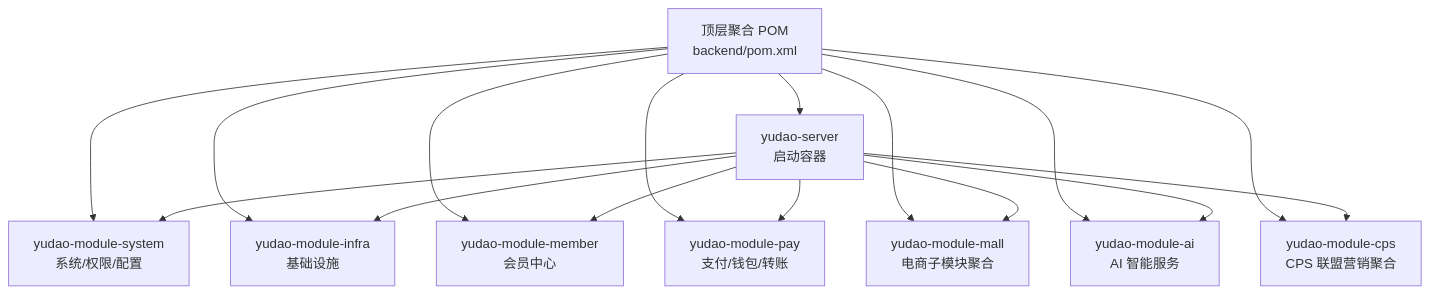
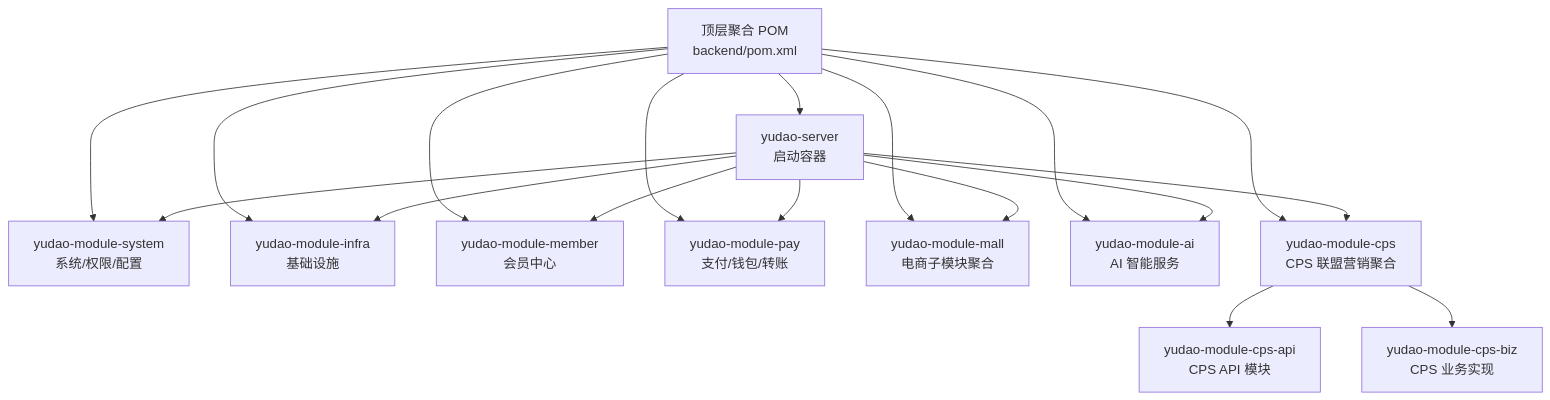
One commit to zhuangpengLI/AgenticCPS changed the first of 7 diagrams in .qoder/repowiki/zh/content/后端服务架构/业务模块概览/业务模块概览.md. Above: the diagram before and after it, drawn with Mermaid. The commit also changed other lines of this file and 42 other files, not shown here.

````diff
--- a/.qoder/repowiki/zh/content/后端服务架构/业务模块概览/业务模块概览.md
+++ b/.qoder/repowiki/zh/content/后端服务架构/业务模块概览/业务模块概览.md
@@ -40,18 +54,20 @@
 ```mermaid
 graph TB
 Root["顶层聚合 POM<br/>backend/pom.xml"] --> Srv["yudao-server<br/>启动容器"]
 Root --> Sys["yudao-module-system<br/>系统/权限/配置"]
 Root --> Infra["yudao-module-infra<br/>基础设施"]
 Root --> Mem["yudao-module-member<br/>会员中心"]
 Root --> Pay["yudao-module-pay<br/>支付/钱包/转账"]
 Root --> Mall["yudao-module-mall<br/>电商子模块聚合"]
 Root --> Ai["yudao-module-ai<br/>AI 智能服务"]
 Root --> Cps["yudao-module-cps<br/>CPS 联盟营销聚合"]
 Srv --> Sys
 Srv --> Infra
 Srv --> Mem
 Srv --> Pay
 Srv --> Mall
 Srv --> Ai
 Srv --> Cps
+Cps --> CpsApi["yudao-module-cps-api<br/>CPS API 模块"]
+Cps --> CpsBiz["yudao-module-cps-biz<br/>CPS 业务实现"]
 ```
````
